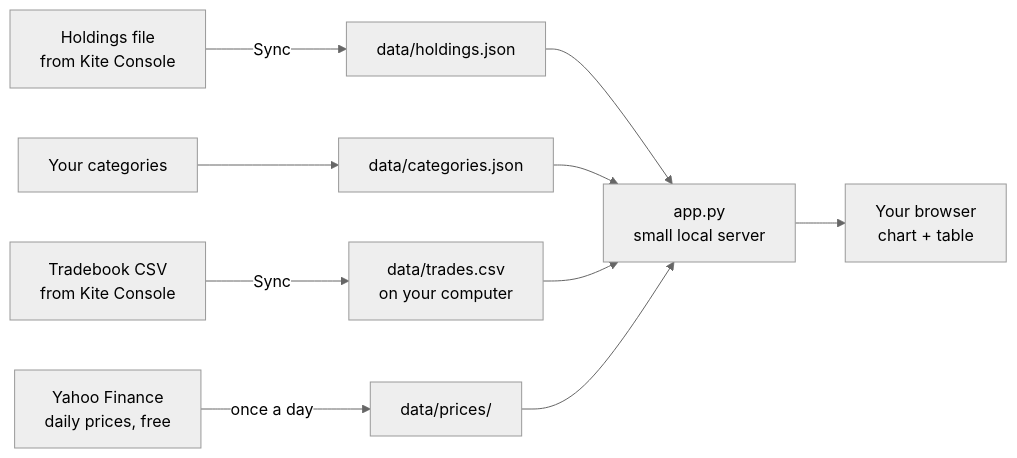
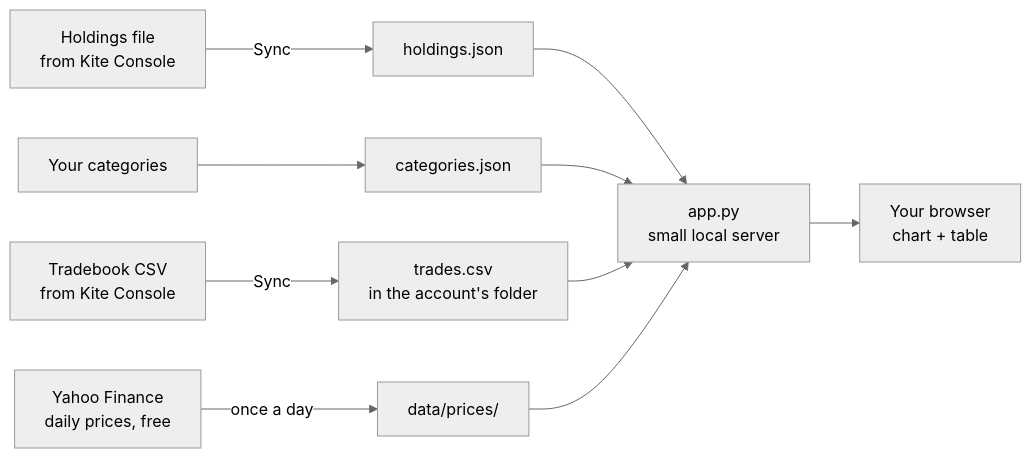
The diagram in README.md (SouravAggarwal/zerodha-portfolio-analyser), drawn with Mermaid (neutral theme) before and after one commit. The commit also changed other lines of this file and 3 other files, not shown here.

````diff
--- a/README.md
+++ b/README.md
@@ -82,12 +83,12 @@
 ```mermaid
 flowchart LR
-    A[Tradebook CSV<br/>from Kite Console] -->|Sync| B[data/trades.csv<br/>on your computer]
-    H[Holdings file<br/>from Kite Console] -->|Sync| G[data/holdings.json]
+    A[Tradebook CSV<br/>from Kite Console] -->|Sync| B[trades.csv<br/>in the account's folder]
+    H[Holdings file<br/>from Kite Console] -->|Sync| G[holdings.json]
     G --> E
     C[Yahoo Finance<br/>daily prices, free] -->|once a day| D[data/prices/]
-    K[Your categories] --> I[data/categories.json]
+    K[Your categories] --> I[categories.json]
     I --> E
     B --> E[app.py<br/>small local server]
     D --> E
     E --> F[Your browser<br/>chart + table]
 ```
````
